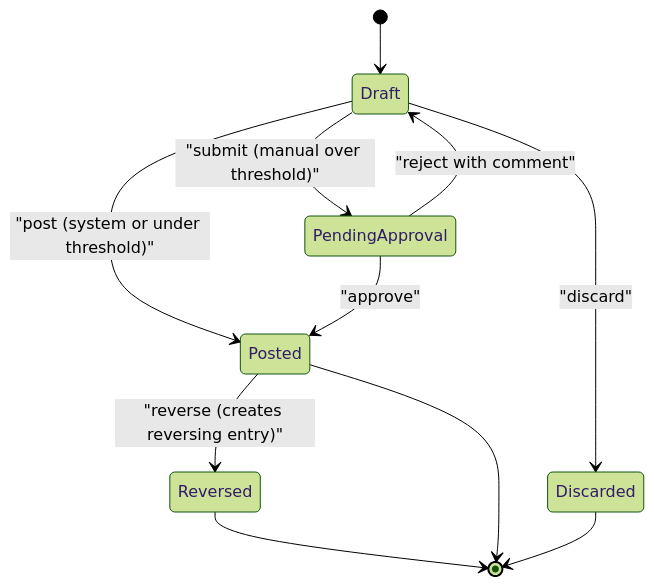
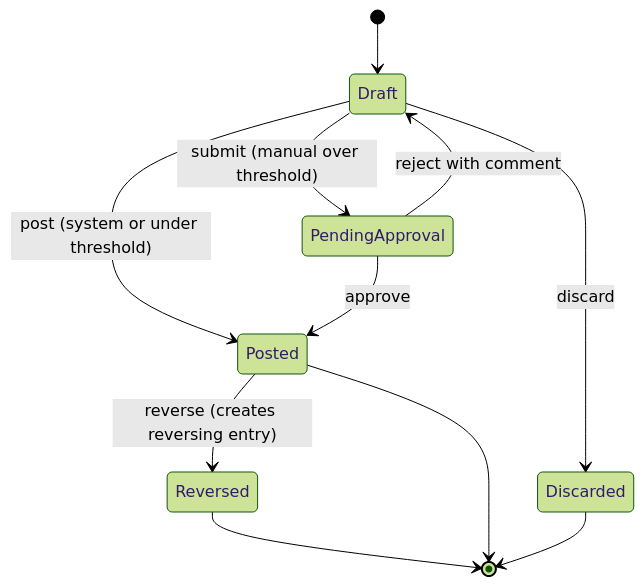
One commit to jdinard/landscape changed the first of 16 diagrams in docs/09-accounting-ledger-integrations.md. Above: the diagram before and after it, drawn with Mermaid (forest theme). The commit also changed other lines of this file and 13 other files, not shown here.

````diff
--- a/docs/09-accounting-ledger-integrations.md
+++ b/docs/09-accounting-ledger-integrations.md
@@ -280,13 +292,13 @@
 ```mermaid
 stateDiagram-v2
     [*] --> Draft
-    Draft --> PendingApproval: "submit (manual over threshold)"
-    Draft --> Posted: "post (system or under threshold)"
-    PendingApproval --> Posted: "approve"
-    PendingApproval --> Draft: "reject with comment"
-    Draft --> Discarded: "discard"
-    Posted --> Reversed: "reverse (creates reversing entry)"
+    Draft --> PendingApproval: submit (manual over threshold)
+    Draft --> Posted: post (system or under threshold)
+    PendingApproval --> Posted: approve
+    PendingApproval --> Draft: reject with comment
+    Draft --> Discarded: discard
+    Posted --> Reversed: reverse (creates reversing entry)
     Reversed --> [*]
     Posted --> [*]
     Discarded --> [*]
 ```
````
